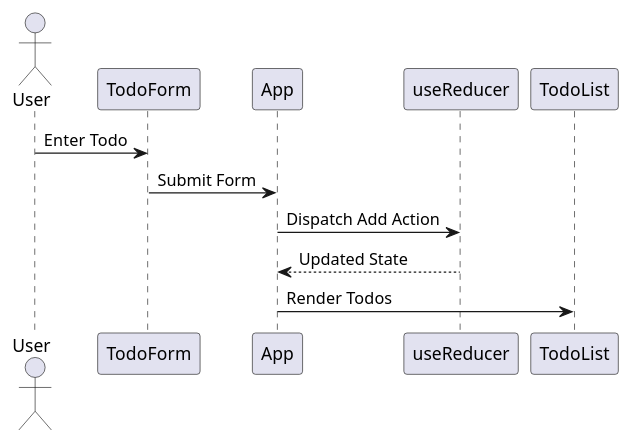
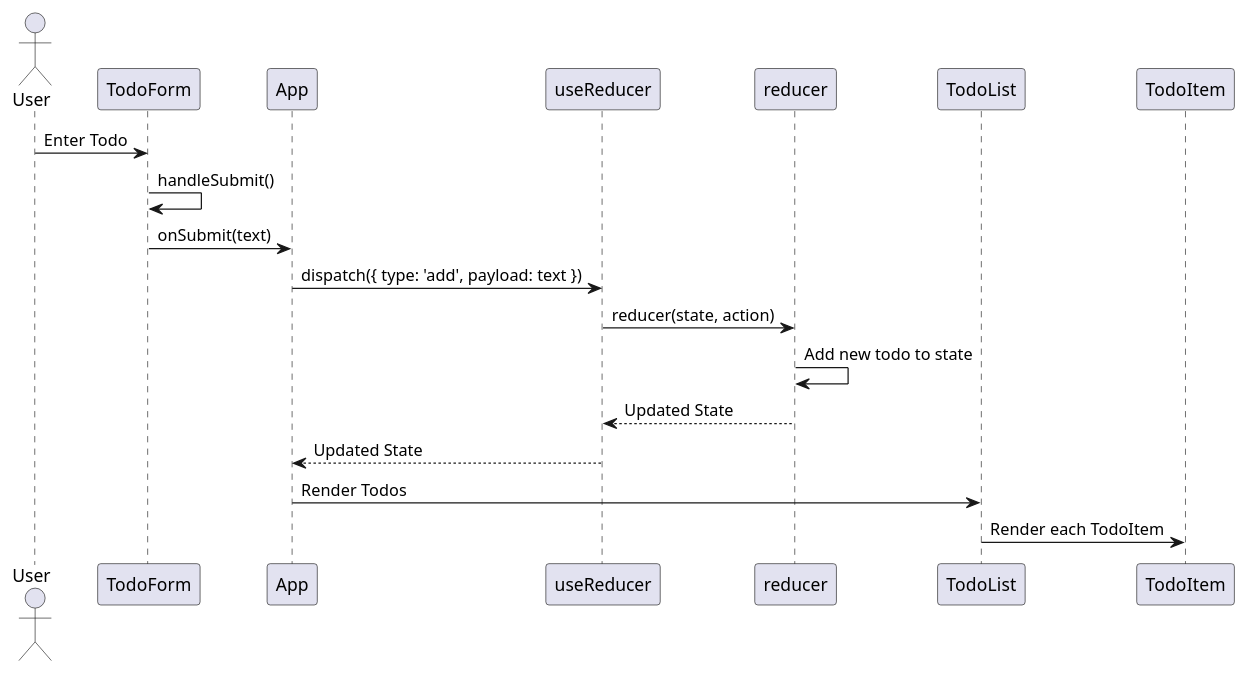
The diagram in diagrams/sequence.pu (ksk-aiko/ToDoList), drawn with PlantUML before and after one commit. The commit also changed 1 other file, not shown here.

Commit message:
Add sequence diagrams for Todo application flow

```diff
--- a/diagrams/sequence.pu
+++ b/diagrams/sequence.pu
@@ -1,11 +1,20 @@
 @startuml
 actor User
 participant TodoForm
 participant App
 participant useReducer
+participant reducer
+participant TodoList
+participant TodoItem
+
 User -> TodoForm: Enter Todo
-TodoForm -> App: Submit Form
-App -> useReducer: Dispatch Add Action
+TodoForm -> TodoForm: handleSubmit()
+TodoForm -> App: onSubmit(text)
+App -> useReducer: dispatch({ type: 'add', payload: text })
+useReducer -> reducer: reducer(state, action)
+reducer -> reducer: Add new todo to state
+reducer --> useReducer: Updated State
 useReducer --> App: Updated State
 App -> TodoList: Render Todos
+TodoList -> TodoItem: Render each TodoItem
 @enduml
```
